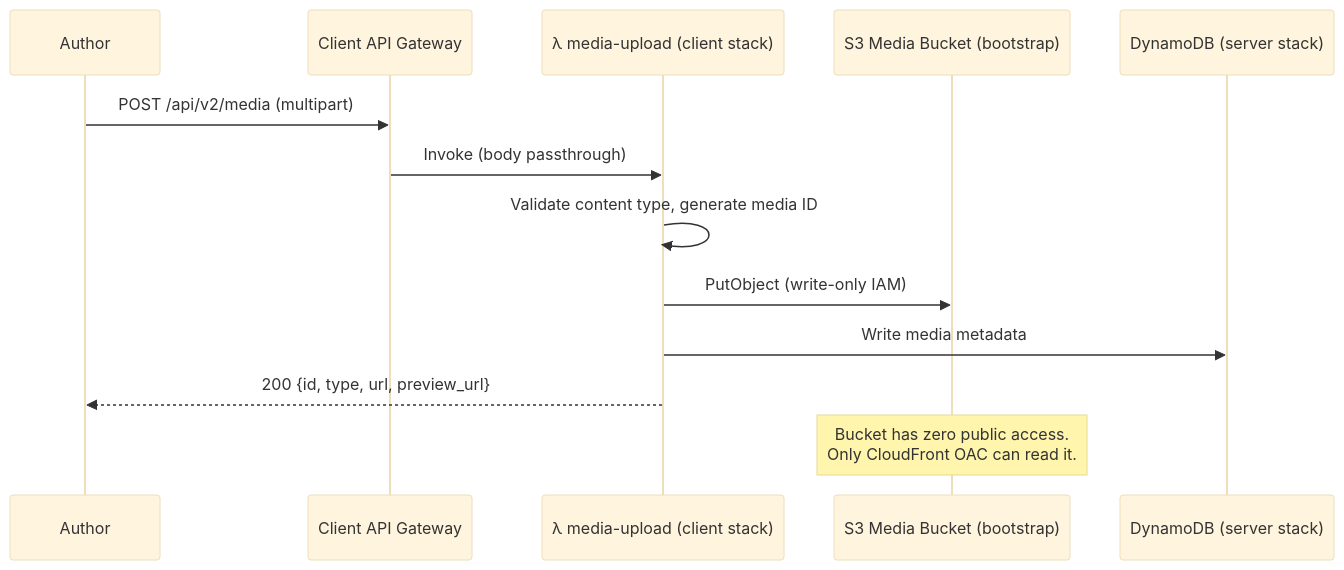
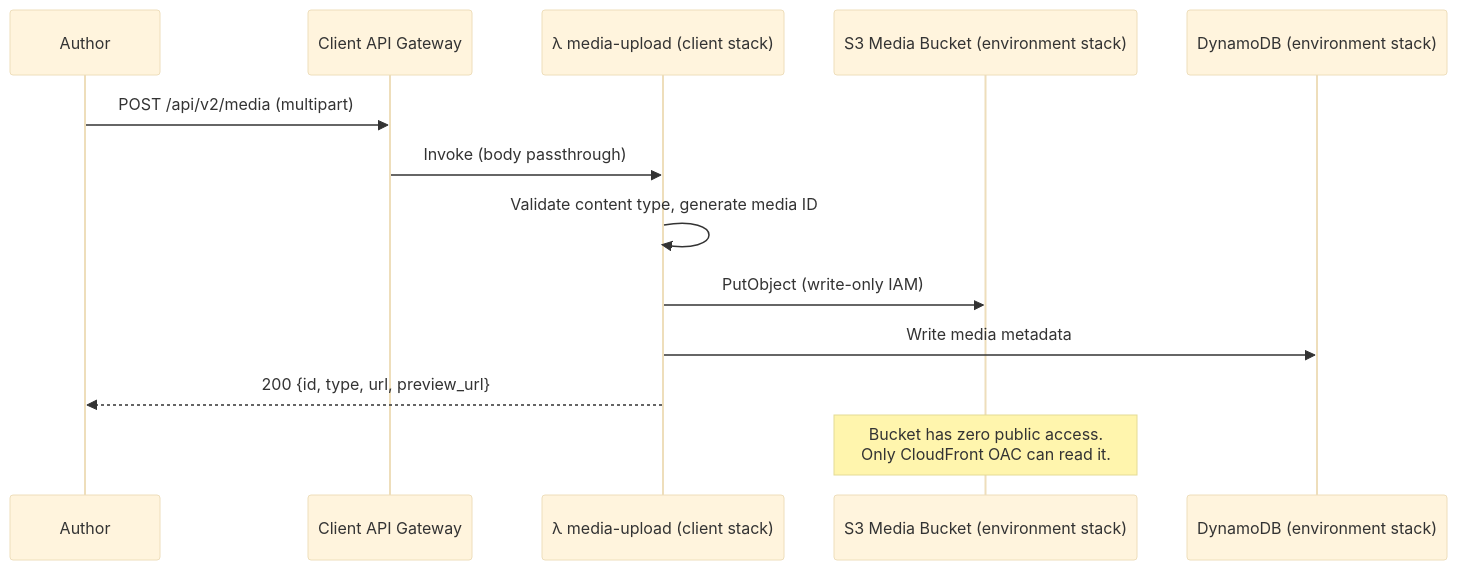
One commit to happitec-inc/FederatedActivityPublisher changed the third of 4 diagrams in docs/PROJECT-PLAN.md. Above: the diagram before and after it, drawn with Mermaid (base theme). The commit also changed other lines of this file, not shown here.

First line of the commit message:
Four-stack architecture: add activity-environment-{stage}

````diff
--- a/docs/PROJECT-PLAN.md
+++ b/docs/PROJECT-PLAN.md
@@ -200,17 +216,17 @@
 ```mermaid
 sequenceDiagram
     participant U as Author
     participant CG as Client API Gateway
     participant M as λ media-upload (client stack)
-    participant S3 as S3 Media Bucket (bootstrap)
-    participant DB as DynamoDB (server stack)
+    participant S3 as S3 Media Bucket (environment stack)
+    participant DB as DynamoDB (environment stack)
 
     U->>CG: POST /api/v2/media (multipart)
     CG->>M: Invoke (body passthrough)
     M->>M: Validate content type, generate media ID
     M->>S3: PutObject (write-only IAM)
     M->>DB: Write media metadata
     M-->>U: 200 {id, type, url, preview_url}
 
     Note over S3: Bucket has zero public access.<br/>Only CloudFront OAC can read it.
 ```
````
